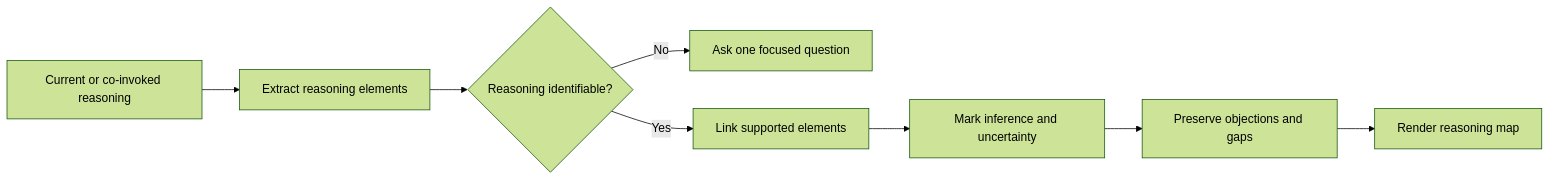
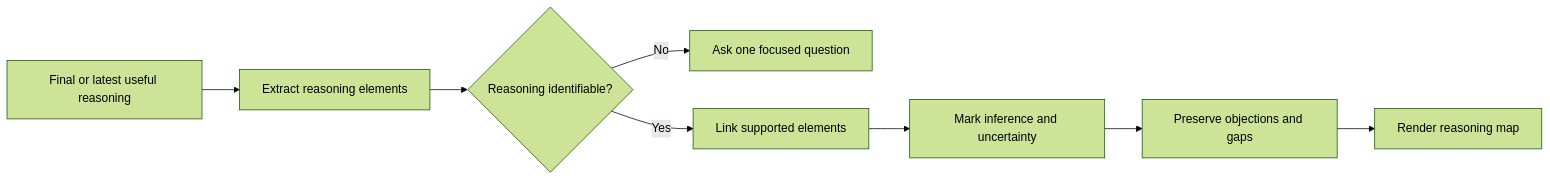
Before and after one commit to control-decks/think-it-through: the diagram in plugins/think-it-through/skills/think-with-reasoning-map/SKILL.md, drawn with Mermaid (forest theme). The commit also changed other lines of this file and 18 other files, not shown here.

````diff
--- a/plugins/think-it-through/skills/think-with-reasoning-map/SKILL.md
+++ b/plugins/think-it-through/skills/think-with-reasoning-map/SKILL.md
@@ -20,10 +19,10 @@
 ```mermaid
 flowchart LR
-    A["Current or co-invoked reasoning"] --> B["Extract reasoning elements"]
+    A["Final or latest useful reasoning"] --> B["Extract reasoning elements"]
     B --> C{"Reasoning identifiable?"}
     C -->|No| D["Ask one focused question"]
     C -->|Yes| E["Link supported elements"]
     E --> F["Mark inference and uncertainty"]
     F --> G["Preserve objections and gaps"]
     G --> H["Render reasoning map"]
 ```
````
